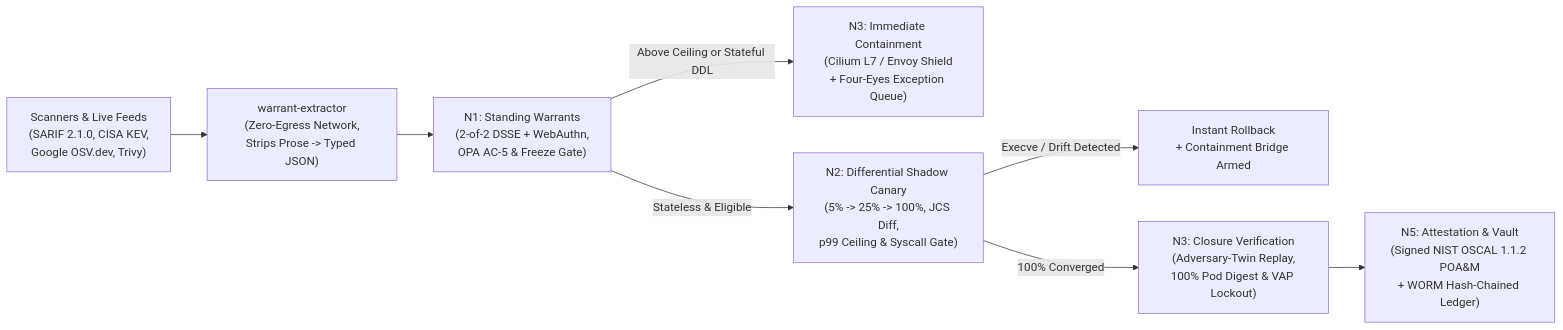
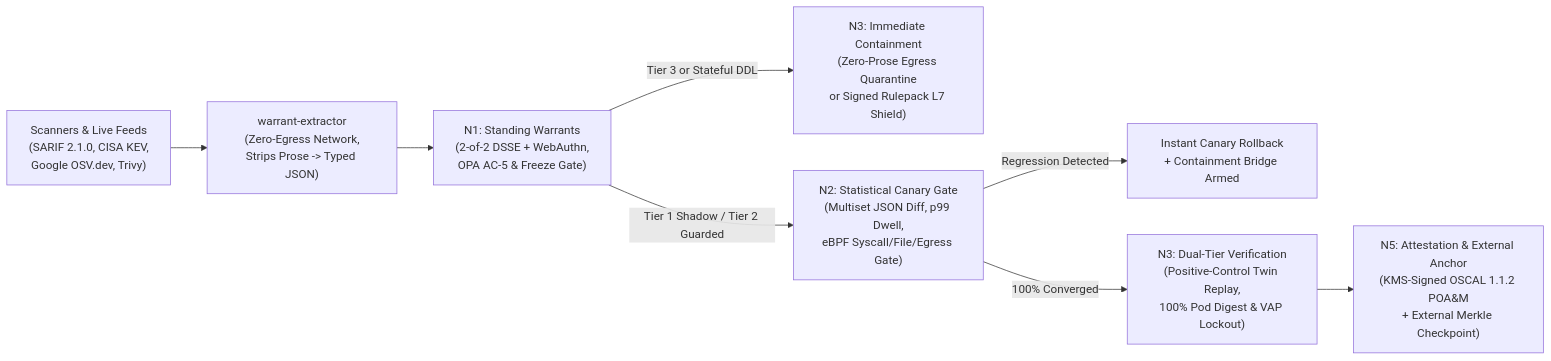
One commit to cgilbert61/G1-Warrant changed the diagram in README.md. Above: the diagram before and after it, drawn with Mermaid. The commit also changed other lines of this file and 64 other files, not shown here.

````diff
--- a/README.md
+++ b/README.md
@@ -37,10 +41,10 @@
 ```mermaid
 flowchart LR
     Feeds["Scanners & Live Feeds\n(SARIF 2.1.0, CISA KEV,\nGoogle OSV.dev, Trivy)"] --> Extractor["warrant-extractor\n(Zero-Egress Network,\nStrips Prose -> Typed JSON)"]
     Extractor --> N1["N1: Standing Warrants\n(2-of-2 DSSE + WebAuthn,\nOPA AC-5 & Freeze Gate)"]
-    N1 -->|Above Ceiling or Stateful DDL| Bridge["N3: Immediate Containment\n(Cilium L7 / Envoy Shield\n+ Four-Eyes Exception Queue)"]
-    N1 -->|Stateless & Eligible| N2["N2: Differential Shadow Canary\n(5% -> 25% -> 100%, JCS Diff,\np99 Ceiling & Syscall Gate)"]
-    N2 -->|Execve / Drift Detected| Rollback["Instant Rollback\n+ Containment Bridge Armed"]
-    N2 -->|100% Converged| N3["N3: Closure Verification\n(Adversary-Twin Replay,\n100% Pod Digest & VAP Lockout)"]
-    N3 --> N5["N5: Attestation & Vault\n(Signed NIST OSCAL 1.1.2 POA&M\n+ WORM Hash-Chained Ledger)"]
+    N1 -->|Tier 3 or Stateful DDL| Bridge["N3: Immediate Containment\n(Zero-Prose Egress Quarantine\nor Signed Rulepack L7 Shield)"]
+    N1 -->|Tier 1 Shadow / Tier 2 Guarded| N2["N2: Statistical Canary Gate\n(Multiset JSON Diff, p99 Dwell,\neBPF Syscall/File/Egress Gate)"]
+    N2 -->|Regression Detected| Rollback["Instant Canary Rollback\n+ Containment Bridge Armed"]
+    N2 -->|100% Converged| N3["N3: Dual-Tier Verification\n(Positive-Control Twin Replay,\n100% Pod Digest & VAP Lockout)"]
+    N3 --> N5["N5: Attestation & External Anchor\n(KMS-Signed OSCAL 1.1.2 POA&M\n+ External Merkle Checkpoint)"]
 ```
````
